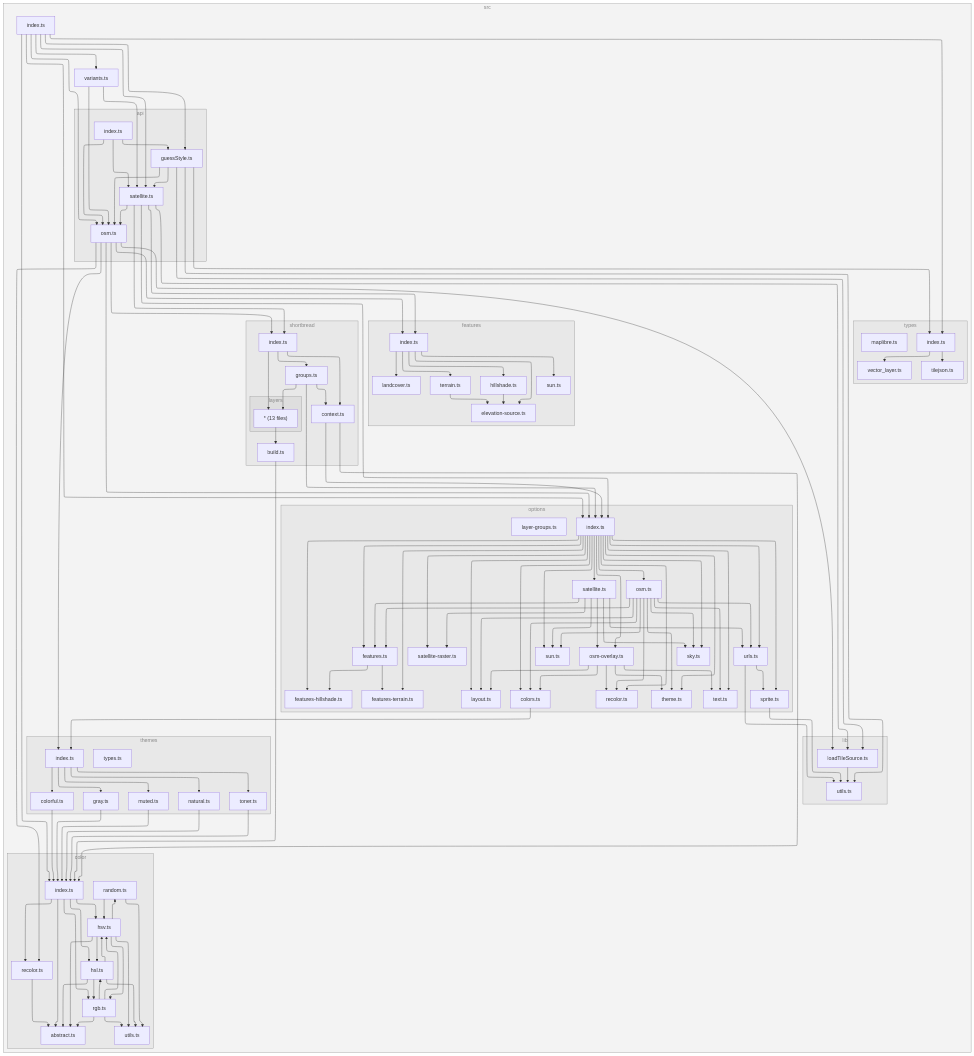
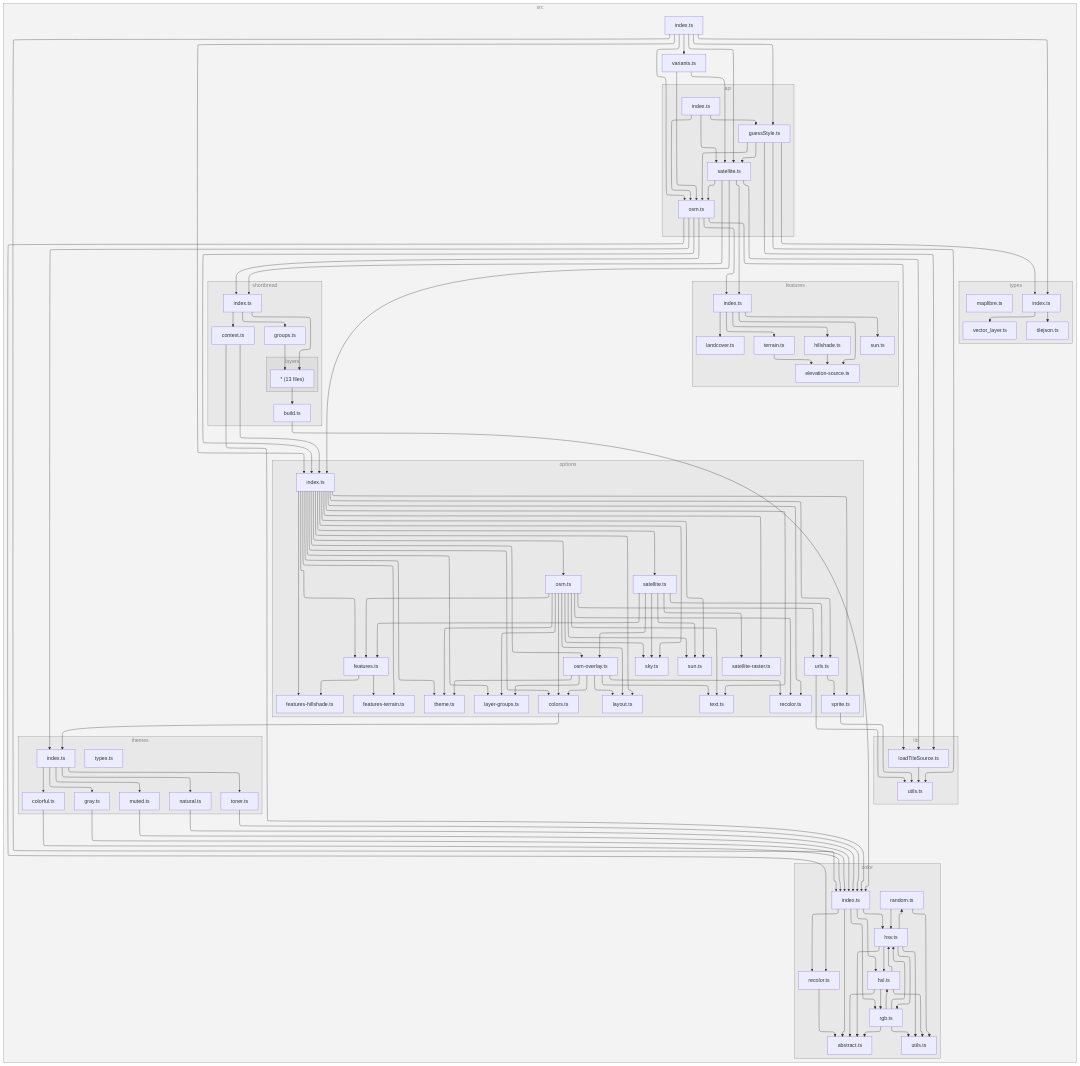
The diagram in README.md (versatiles-org/versatiles-style), drawn with Mermaid before and after one commit.

Commit message:
refactor: reorganize subgraph structure in README for clarity

````diff
--- a/README.md
+++ b/README.md
@@ -157,8 +157,8 @@
 subgraph 1["api"]
 2["guessStyle.ts"]
 A["osm.ts"]
-1N["satellite.ts"]
-1O["index.ts"]
+1O["satellite.ts"]
+1P["index.ts"]
 end
 subgraph 3["lib"]
 4["loadTileSource.ts"]
@@ -194,19 +194,19 @@
 11["features-hillshade.ts"]
 12["features-terrain.ts"]
 13["features.ts"]
-14["layout.ts"]
-15["osm-overlay.ts"]
-16["recolor.ts"]
-17["text.ts"]
-18["theme.ts"]
-19["osm.ts"]
-1A["sky.ts"]
-1B["sun.ts"]
-1C["urls.ts"]
-1D["sprite.ts"]
-1E["satellite-raster.ts"]
-1F["satellite.ts"]
-1R["layer-groups.ts"]
+14["layer-groups.ts"]
+15["layout.ts"]
+16["osm-overlay.ts"]
+17["recolor.ts"]
+18["text.ts"]
+19["theme.ts"]
+1A["osm.ts"]
+1B["sky.ts"]
+1C["sun.ts"]
+1D["urls.ts"]
+1E["sprite.ts"]
+1F["satellite-raster.ts"]
+1G["satellite.ts"]
 end
 subgraph O["themes"]
 P["index.ts"]
@@ -217,23 +217,23 @@
 10["toner.ts"]
 1S["types.ts"]
 end
-subgraph 1G["shortbread"]
-1H["index.ts"]
-1I["context.ts"]
-1J["groups.ts"]
-subgraph 1K["layers"]
-1L["* (13 files)"]
+subgraph 1H["shortbread"]
+1I["index.ts"]
+1J["context.ts"]
+1K["groups.ts"]
+subgraph 1L["layers"]
+1M["* (13 files)"]
 end
-1M["build.ts"]
+1N["build.ts"]
 end
-1P["index.ts"]
-1Q["variants.ts"]
+1Q["index.ts"]
+1R["variants.ts"]
 end
 2-->4
 2-->5
 2-->7
 2-->A
-2-->1N
+2-->1O
 4-->5
 7-->8
 7-->9
@@ -241,7 +241,7 @@
 A-->F
 A-->4
 A-->M
-A-->1H
+A-->1I
 A-->P
 C-->D
 F-->G
@@ -257,16 +257,17 @@
 M-->13
 M-->14
 M-->15
+M-->16
+M-->1A
+M-->17
+M-->1F
+M-->1G
+M-->1B
+M-->1E
+M-->1C
+M-->18
 M-->19
-M-->16
-M-->1E
-M-->1F
-M-->1A
 M-->1D
-M-->1B
-M-->17
-M-->18
-M-->1C
 N-->P
 P-->Q
 P-->X
@@ -300,57 +301,57 @@
 10-->R
 13-->11
 13-->12
-15-->N
-15-->14
-15-->16
-15-->17
-15-->18
-19-->N
-19-->13
-19-->14
-19-->16
-19-->1A
-19-->1B
-19-->17
-19-->18
-19-->1C
-1C-->5
-1C-->1D
+16-->N
+16-->14
+16-->15
+16-->17
+16-->18
+16-->19
+1A-->N
+1A-->13
+1A-->14
+1A-->15
+1A-->17
+1A-->1B
+1A-->1C
+1A-->18
+1A-->19
+1A-->1D
 1D-->5
-1F-->13
-1F-->15
-1F-->1E
-1F-->1A
-1F-->1B
-1F-->1C
-1H-->1I
-1H-->1J
-1H-->1L
-1I-->R
-1I-->M
+1D-->1E
+1E-->5
+1G-->13
+1G-->16
+1G-->1F
+1G-->1B
+1G-->1C
+1G-->1D
+1I-->1J
+1I-->1K
+1I-->1M
+1J-->R
 1J-->M
-1J-->1I
-1J-->1L
-1L-->1M
-1M-->R
-1N-->F
-1N-->4
-1N-->M
-1N-->1H
-1N-->A
-1O-->2
+1K-->1M
+1M-->1N
+1N-->R
+1O-->F
+1O-->4
+1O-->M
+1O-->1I
 1O-->A
-1O-->1N
 1P-->2
 1P-->A
-1P-->1N
-1P-->R
-1P-->M
-1P-->7
-1P-->1Q
+1P-->1O
+1Q-->2
 1Q-->A
-1Q-->1N
+1Q-->1O
+1Q-->R
+1Q-->M
+1Q-->7
+1Q-->1R
+1R-->A
+1R-->1O
 
-class 0,1,3,6,B,E,L,O,1G,1K subgraphs;
+class 0,1,3,6,B,E,L,O,1H,1L subgraphs;
 classDef subgraphs fill-opacity:0.1, fill:#888, color:#888, stroke:#888;
 ```
````
